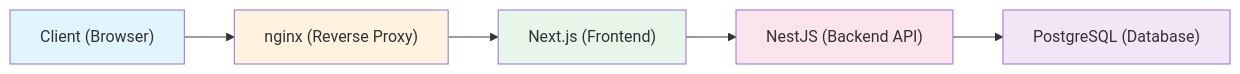
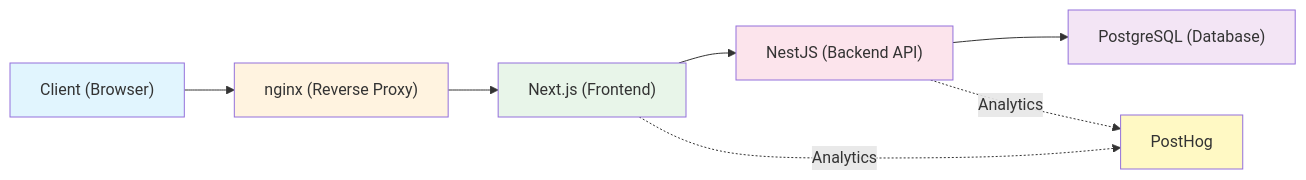
The diagram in README.md (Labs-de-Games/guardiao-da-cultura), drawn with Mermaid before and after one commit. The commit also changed other lines of this file and 1 other file, not shown here.

Commit message:
docs(readme,contributing): add PostHog to diagram, move project structure, add Docker quick start

````diff
--- a/README.md
+++ b/README.md
@@ -178,13 +156,16 @@
 ```mermaid
 flowchart LR
     Client["Client (Browser)"] --> nginx["nginx (Reverse Proxy)"]
     nginx --> Front["Next.js (Frontend)"]
     Front --> Back["NestJS (Backend API)"]
     Back --> DB["PostgreSQL (Database)"]
+    Front -.->|"Analytics"| PostHog["PostHog"]
+    Back -.->|"Analytics"| PostHog
 
     style Client fill:#e1f5fe
     style nginx fill:#fff3e0
     style Front fill:#e8f5e9
     style Back fill:#fce4ec
     style DB fill:#f3e5f5
+    style PostHog fill:#fff9c4
 ```
````
